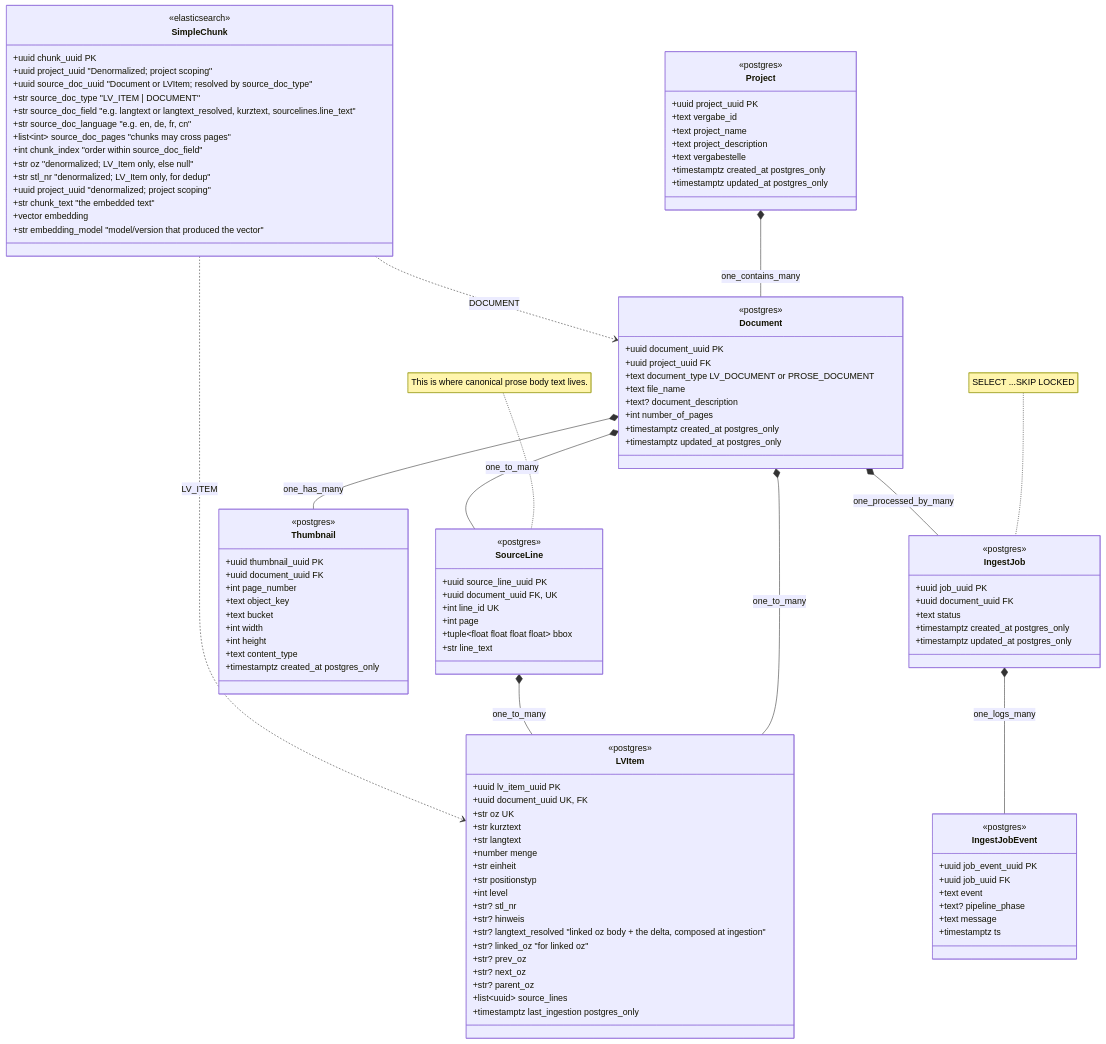
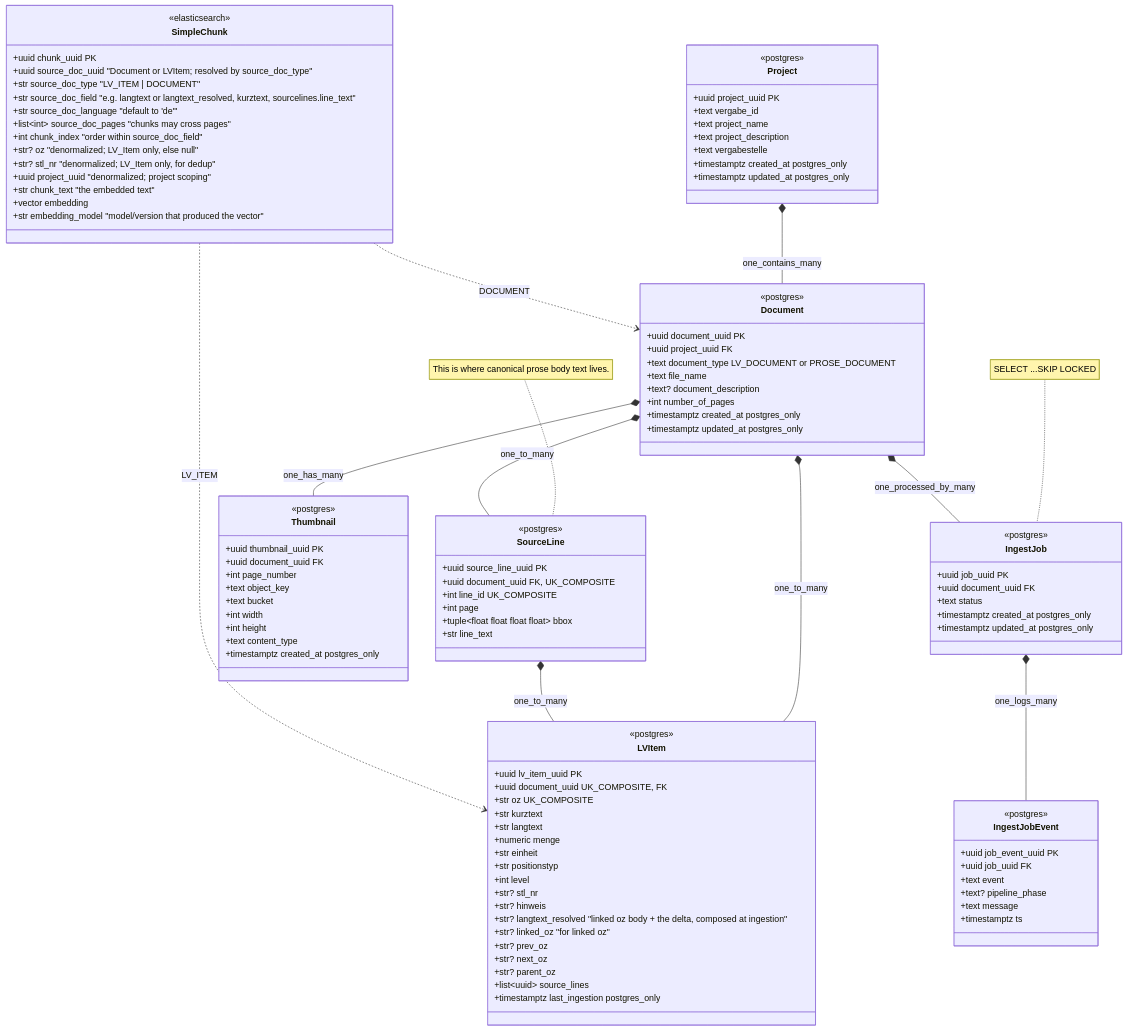
Before and after one commit to arthurshen74/strassenbau-vergabe-assistant: the diagram in DATA_SCHEMA.md, drawn with Mermaid. The commit also changed other lines of this file and 45 other files, not shown here.

```diff
--- a/DATA_SCHEMA.md
+++ b/DATA_SCHEMA.md
@@ -64,8 +64,8 @@
     class SourceLine {
         <<postgres>>
         +uuid source_line_uuid PK
-        +uuid document_uuid FK, UK
-        +int line_id UK
+        +uuid document_uuid FK, UK_COMPOSITE
+        +int line_id UK_COMPOSITE
         +int page
         +tuple~float float float float~ bbox
         +str line_text
@@ -114,11 +114,11 @@
     class LVItem {
         <<postgres>>
         +uuid lv_item_uuid PK
-        +uuid document_uuid UK, FK
-        +str oz UK
+        +uuid document_uuid UK_COMPOSITE, FK
+        +str oz UK_COMPOSITE
         +str kurztext
         +str langtext
-        +number menge
+        +numeric menge
         +str einheit
         +str positionstyp
         +int level
@@ -139,15 +139,14 @@
     class SimpleChunk {
         <<elasticsearch>>
         +uuid chunk_uuid PK
-        +uuid project_uuid "Denormalized; project scoping"
         +uuid source_doc_uuid "Document or LVItem; resolved by source_doc_type"
         +str source_doc_type "LV_ITEM | DOCUMENT"
         +str source_doc_field "e.g. langtext or langtext_resolved, kurztext, sourcelines.line_text"
-        +str source_doc_language "e.g. en, de, fr, cn"
+        +str source_doc_language "default to 'de'"
         +list~int~ source_doc_pages "chunks may cross pages"
         +int chunk_index "order within source_doc_field"
-        +str oz "denormalized; LV_Item only, else null"
-        +str stl_nr "denormalized; LV_Item only, for dedup"
+        +str? oz "denormalized; LV_Item only, else null"
+        +str? stl_nr "denormalized; LV_Item only, for dedup"
         +uuid project_uuid "denormalized; project scoping"
         +str chunk_text "the embedded text"
         +vector embedding
```
